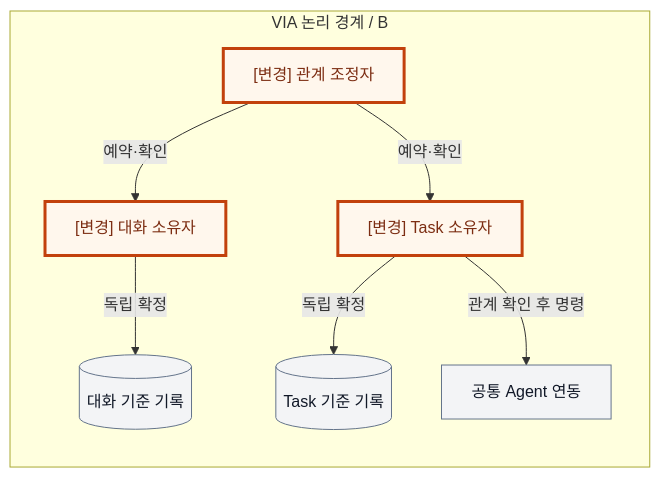
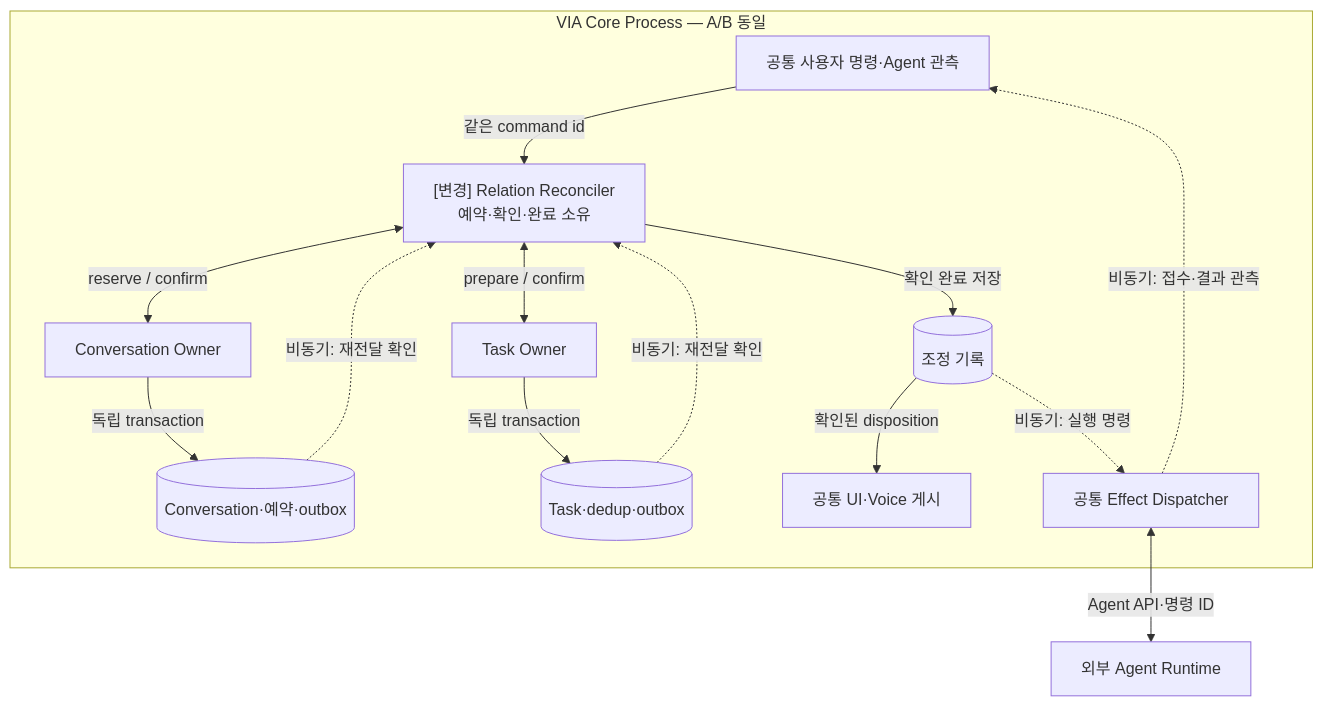
One commit to cbyche/via-sw-architecture changed the third of 4 diagrams in docs/architecture/12-decisions/via-dp-02-state-consistency.md. Above: the diagram before and after it, drawn with Mermaid. The commit also changed other lines of this file and 59 other files, not shown here.

Commit message:
docs: consolidate comprehensive VIA decision inventory and implementation diagrams

````diff
--- a/docs/architecture/12-decisions/via-dp-02-state-consistency.md
+++ b/docs/architecture/12-decisions/via-dp-02-state-consistency.md
@@ -69,16 +80,17 @@
 ```mermaid
 flowchart TB
- subgraph V["VIA 논리 경계 / B"]
- direction TB
- C["[변경] 대화 소유자"] -->|독립 확정| CS[("대화 기준 기록")]
- R["[변경] 관계 조정자"] -->|예약·확인| C
- R -->|예약·확인| T["[변경] Task 소유자"]
- T -->|독립 확정| TS[("Task 기준 기록")]
- T -->|관계 확인 후 명령| O["공통 Agent 연동"]
+ subgraph V["VIA Core Process — A/B 동일"]
+ I["공통 사용자 명령·Agent 관측"] -->|"같은 command id"| R["[변경] Relation Reconciler<br/>예약·확인·완료 소유"]
+ R <-->|"reserve / confirm"| C["Conversation Owner"]
+ R <-->|"prepare / confirm"| T["Task Owner"]
+ C -->|"독립 transaction"| CS[("Conversation·예약·outbox")]
+ T -->|"독립 transaction"| TS[("Task·dedup·outbox")]
+ CS -.->|"비동기: 재전달 확인"| R
+ TS -.->|"비동기: 재전달 확인"| R
+ R -->|"확인 완료 저장"| RS[("조정 기록")]
+ RS -->|"확인된 disposition"| P["공통 UI·Voice 게시"]
+ RS -.->|"비동기: 실행 명령"| D["공통 Effect Dispatcher"]
+ D -.->|"비동기: 접수·결과 관측"| I
  end
-
-classDef common fill:#F3F4F6,stroke:#64748B,color:#111827;
-classDef change fill:#FFF7ED,stroke:#C2410C,stroke-width:3px,color:#7C2D12;
-class CS,TS,O common;
-class C,R,T change;
+ D <-->|"Agent API·명령 ID"| A["외부 Agent Runtime"]
 ```
````
